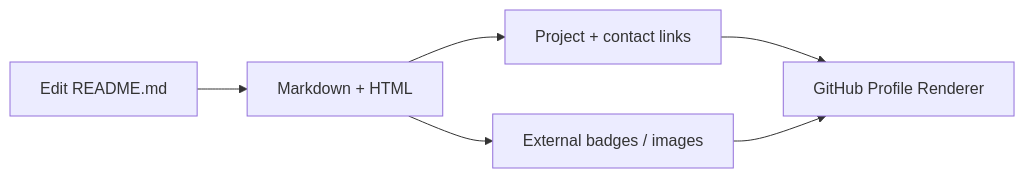
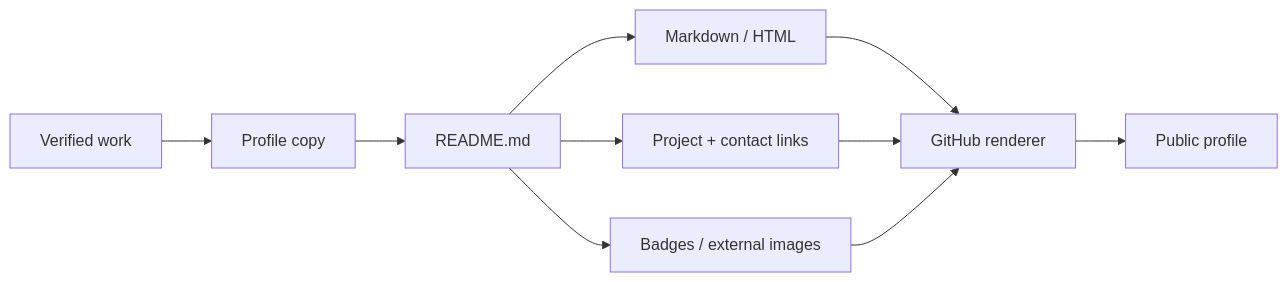
Before and after one commit to HidayahMF/HidayahMF: the first of 5 diagrams in docs/development-pipeline.md, drawn with Mermaid. The commit also changed other lines of this file, not shown here.

````diff
--- a/docs/development-pipeline.md
+++ b/docs/development-pipeline.md
@@ -9,8 +20,13 @@
 ```mermaid
 flowchart LR
-    EDIT[Edit README.md] --> MD[Markdown + HTML]
-    MD --> EXT[External badges / images]
-    MD --> LINKS[Project + contact links]
-    LINKS --> GH[GitHub Profile Renderer]
-    EXT --> GH
+    SOURCE[Verified work] --> COPY[Profile copy]
+    COPY --> README[README.md]
+    README --> MD[Markdown / HTML]
+    README --> LINKS[Project + contact links]
+    README --> MEDIA[Badges / external images]
+
+    MD --> GITHUB[GitHub renderer]
+    LINKS --> GITHUB
+    MEDIA --> GITHUB
+    GITHUB --> PROFILE[Public profile]
 ```
````
